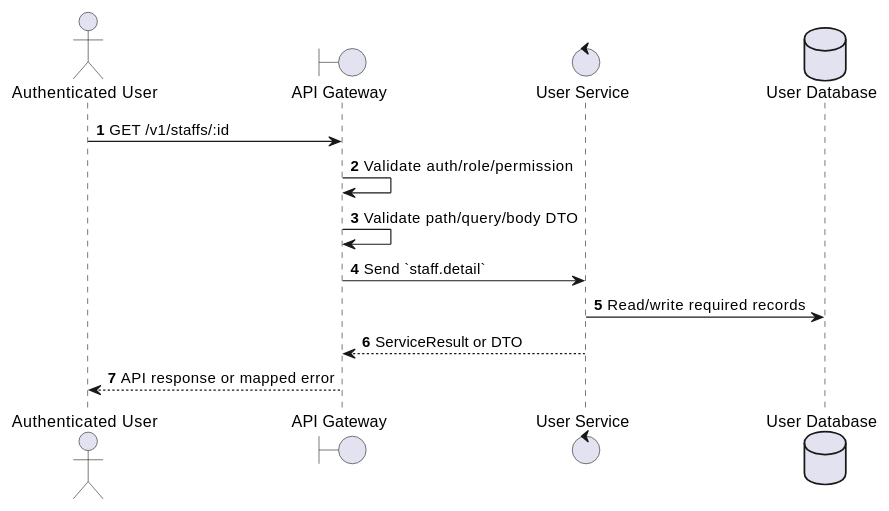
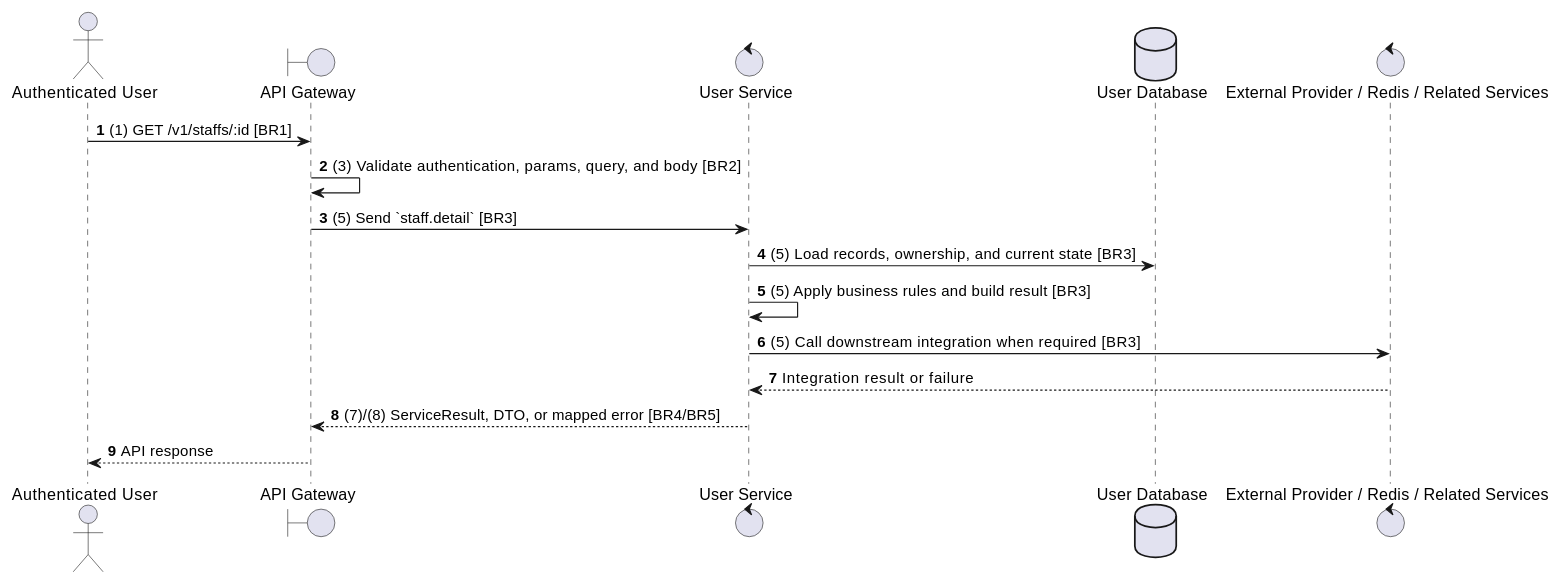
Before and after one commit to Tanh1603/movie-hub-architecture: the second of 2 diagrams in docs/functional_specs/3.1_User_Management/UM-06_Get_Staff_Details.md, drawn with PlantUML. The commit also changed other lines of this file and 129 other files, not shown here.

````diff
--- a/docs/functional_specs/3.1_User_Management/UM-06_Get_Staff_Details.md
+++ b/docs/functional_specs/3.1_User_Management/UM-06_Get_Staff_Details.md
@@ -17,17 +64,20 @@
 ```plantuml
 @startuml
 autonumber
 actor "Authenticated User" as Actor
 boundary "API Gateway" as GW
 control "User Service" as SVC
 database "User Database" as DB
+control "External Provider / Redis / Related Services" as EXT
 
-Actor -> GW: GET /v1/staffs/:id
-GW -> GW: Validate auth/role/permission
-GW -> GW: Validate path/query/body DTO
-GW -> SVC: Send `staff.detail`
-SVC -> DB: Read/write required records
-SVC --> GW: ServiceResult or DTO
-GW --> Actor: API response or mapped error
+Actor -> GW: (1) GET /v1/staffs/:id [BR1]
+GW -> GW: (3) Validate authentication, params, query, and body [BR2]
+GW -> SVC: (5) Send `staff.detail` [BR3]
+SVC -> DB: (5) Load records, ownership, and current state [BR3]
+SVC -> SVC: (5) Apply business rules and build result [BR3]
+SVC -> EXT: (5) Call downstream integration when required [BR3]
+EXT --> SVC: Integration result or failure
+SVC --> GW: (7)/(8) ServiceResult, DTO, or mapped error [BR4/BR5]
+GW --> Actor: API response
 @enduml
 ```
````
